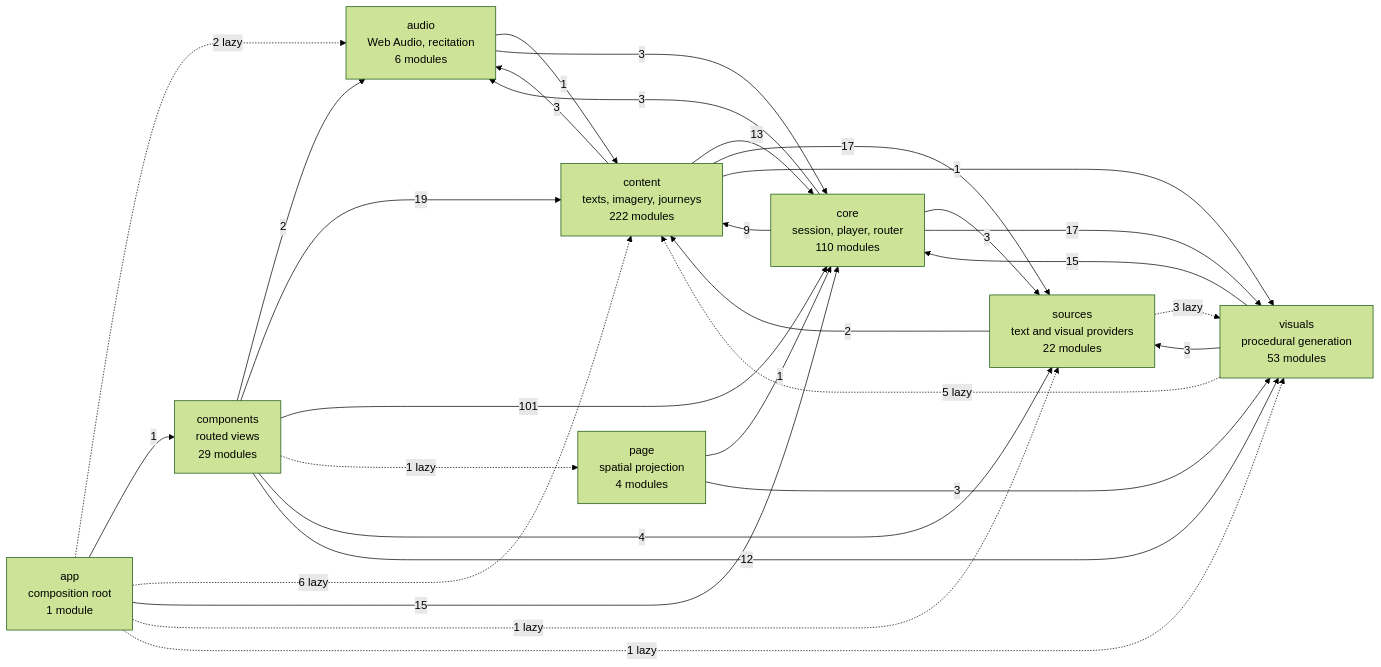
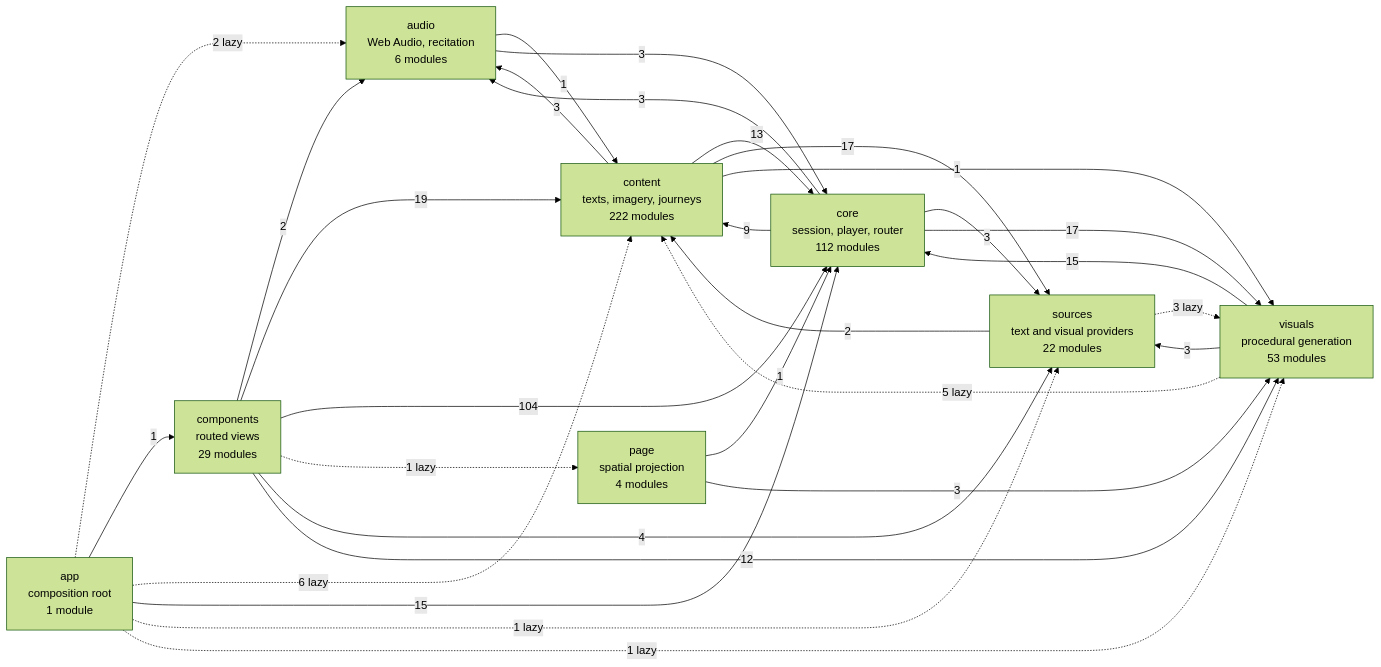
The diagram in docs/specs/ARCHITECTURE.md (SyberLabs/RISE), drawn with Mermaid (forest theme) before and after one commit. The commit also changed 48 other files, not shown here.

````diff
--- a/docs/specs/ARCHITECTURE.md
+++ b/docs/specs/ARCHITECTURE.md
@@ -149,41 +149,41 @@
 ```mermaid
 flowchart LR
     app["app<br/>composition root<br/>1 module"]
     audio["audio<br/>Web Audio, recitation<br/>6 modules"]
     components["components<br/>routed views<br/>29 modules"]
     content["content<br/>texts, imagery, journeys<br/>222 modules"]
-    core["core<br/>session, player, router<br/>110 modules"]
+    core["core<br/>session, player, router<br/>112 modules"]
     page["page<br/>spatial projection<br/>4 modules"]
     sources["sources<br/>text and visual providers<br/>22 modules"]
     visuals["visuals<br/>procedural generation<br/>53 modules"]
 
     app -.-> |2 lazy| audio
     app --> |1| components
     app -.-> |6 lazy| content
     app --> |15| core
     app -.-> |1 lazy| sources
     app -.-> |1 lazy| visuals
     audio --> |1| content
     audio --> |3| core
     components --> |2| audio
     components --> |19| content
-    components --> |101| core
+    components --> |104| core
     components -.-> |1 lazy| page
     components --> |4| sources
     components --> |12| visuals
     content --> |3| audio
     content --> |13| core
     content --> |17| sources
     content --> |1| visuals
     core --> |3| audio
     core --> |9| content
     core --> |3| sources
     core --> |17| visuals
     page --> |1| core
     page --> |3| visuals
     sources --> |2| content
     sources -.-> |3 lazy| visuals
     visuals -.-> |5 lazy| content
     visuals --> |15| core
     visuals --> |3| sources
 ```
````
